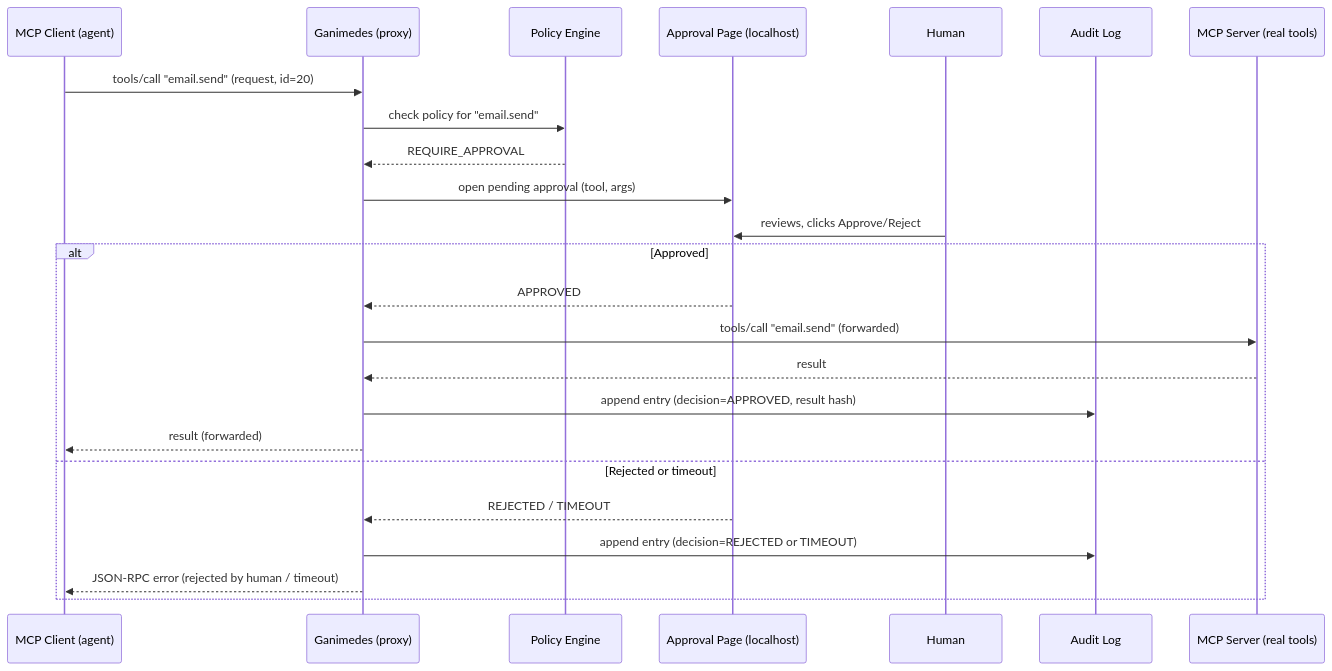
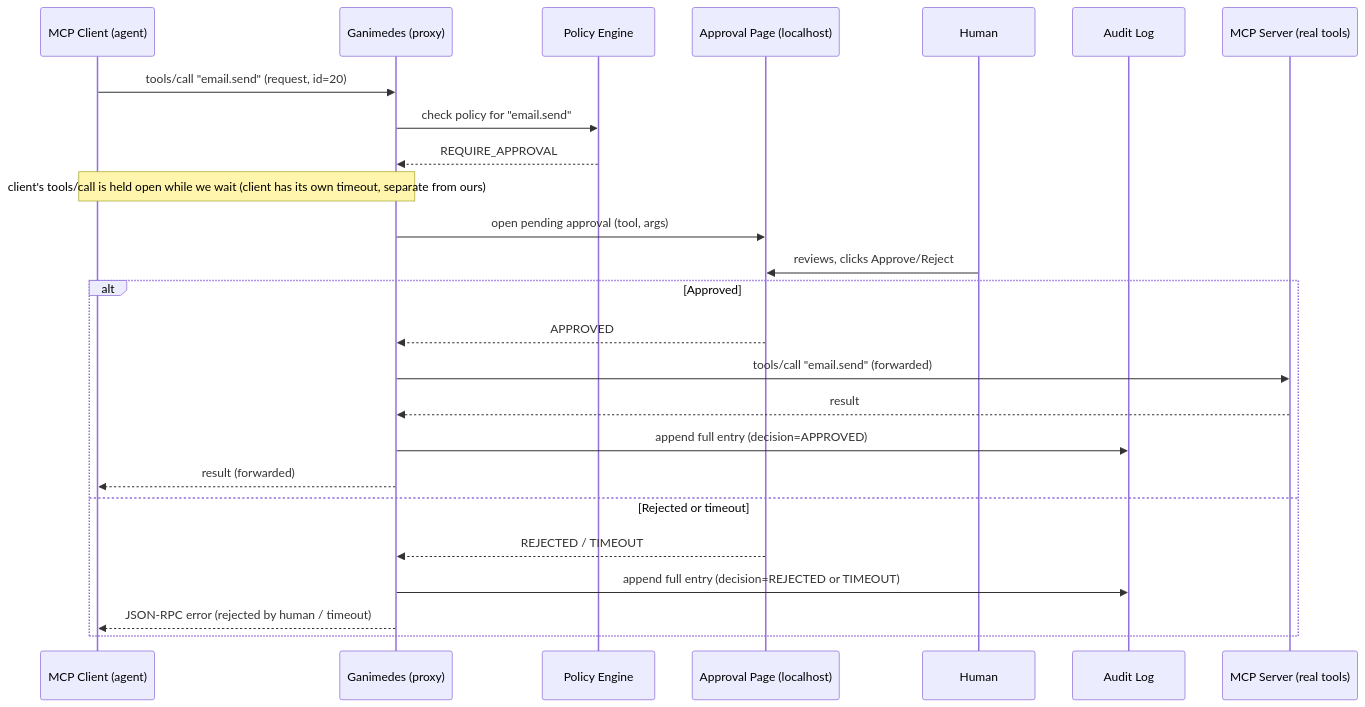
The fourth of 4 diagrams in docs/SEQUENCES.md (Jegoba90/Ganimedes-Project), drawn with Mermaid before and after one commit. The commit also changed other lines of this file and 4 other files, not shown here.

````diff
--- a/docs/SEQUENCES.md
+++ b/docs/SEQUENCES.md
@@ -80,28 +101,29 @@
 ```mermaid
 sequenceDiagram
     participant C as MCP Client (agent)
     participant G as Ganimedes (proxy)
     participant P as Policy Engine
     participant H as Approval Page (localhost)
     participant U as Human
     participant A as Audit Log
     participant S as MCP Server (real tools)
 
     C->>G: tools/call "email.send" (request, id=20)
     G->>P: check policy for "email.send"
     P-->>G: REQUIRE_APPROVAL
+    Note over C,G: client's tools/call is held open while we wait (client has its own timeout, separate from ours)
     G->>H: open pending approval (tool, args)
     U->>H: reviews, clicks Approve/Reject
 
     alt Approved
         H-->>G: APPROVED
         G->>S: tools/call "email.send" (forwarded)
         S-->>G: result
-        G->>A: append entry (decision=APPROVED, result hash)
+        G->>A: append full entry (decision=APPROVED)
         G-->>C: result (forwarded)
     else Rejected or timeout
         H-->>G: REJECTED / TIMEOUT
-        G->>A: append entry (decision=REJECTED or TIMEOUT)
+        G->>A: append full entry (decision=REJECTED or TIMEOUT)
         G-->>C: JSON-RPC error (rejected by human / timeout)
     end
 ```
````
